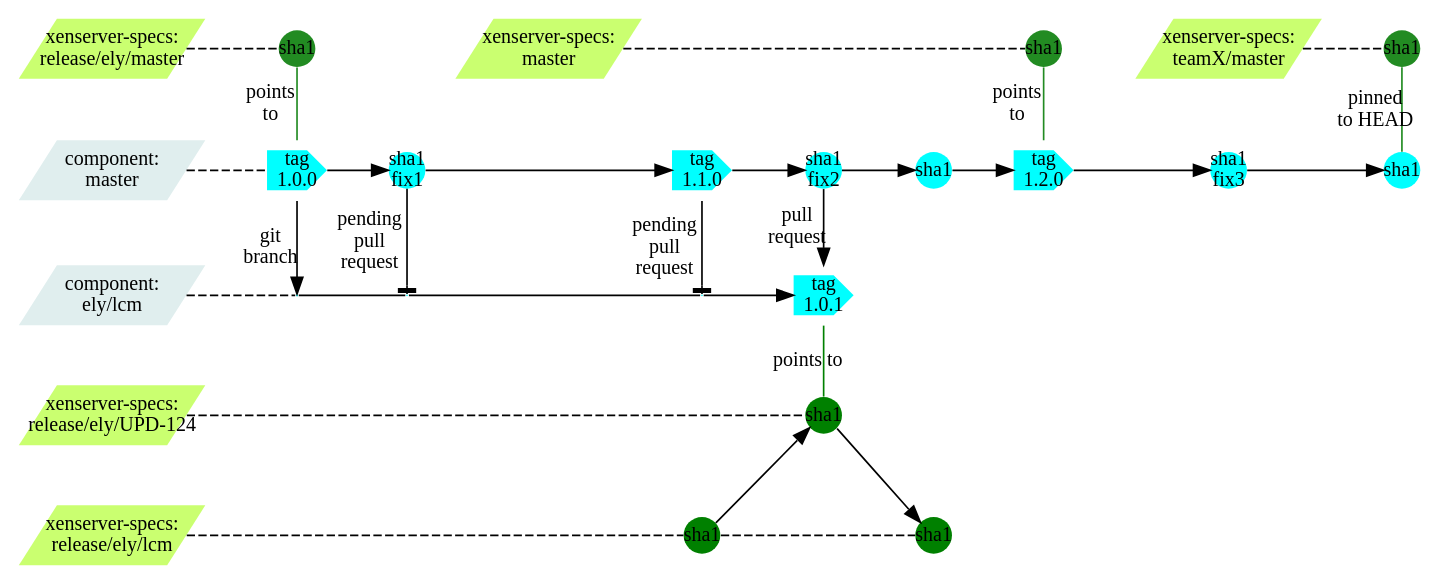
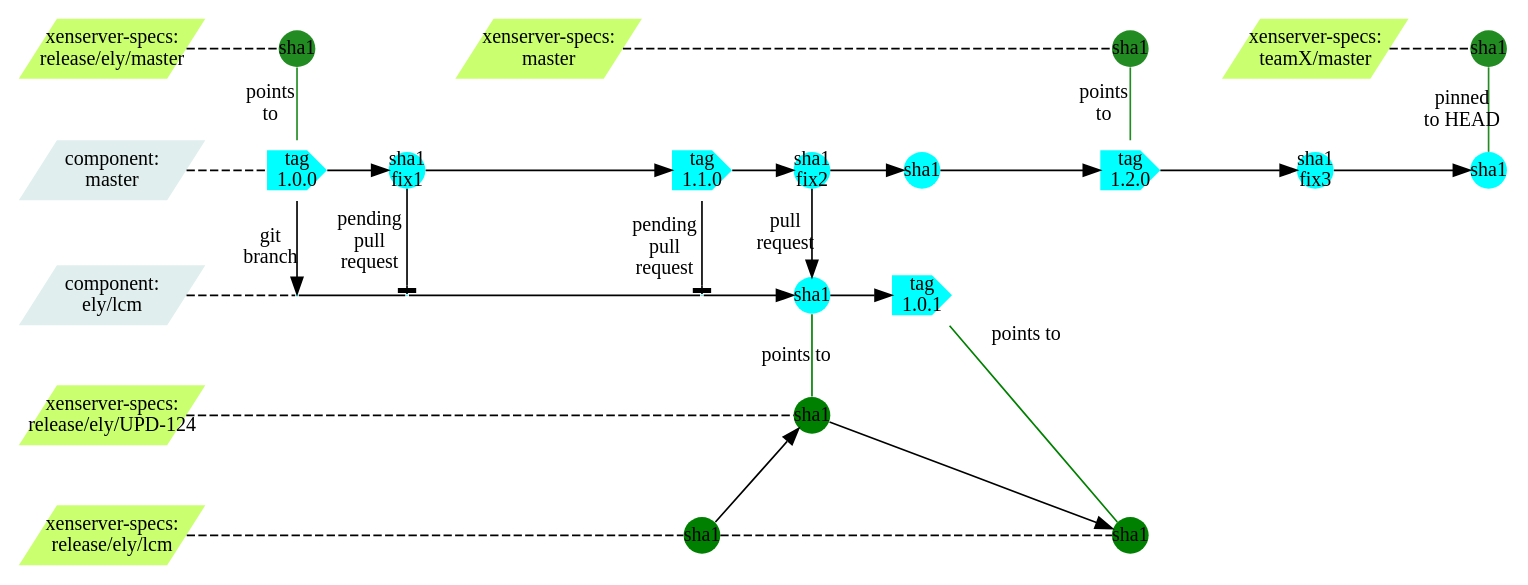
The diagram in XformerLCM2.dot (philippegabriel/XFormerBranchGraph), drawn with Graphviz before and after one commit.

Commit message:
tagging on lcm branch happens after shipping UPD

```diff
--- a/XformerLCM2.dot
+++ b/XformerLCM2.dot
@@ -1,92 +1,93 @@
 strict digraph g{
 rankdir="LR";
 //nodesep=0.5;
 //ranksep=0.25;
 splines=line;
 forcelabels=false;
 
 // general
 node [style=filled, color="black", fontcolor="black", font="Consolas", fontsize="12pt",fixedsize=false,penwidth=0];
 edge [style=filled, color="black", fontcolor="black", font="Consolas", fontsize="12pt"];
 
 // tags
 //node [shape=circle,width=0, height=0, margin="0.05"];
 node [width=0.3, height=0.3, fixedsize=true, shape=circle,penwidth=0]
 node [fillcolor=forestgreen];
 xsm1 [label="sha1"];
 xstx [label="sha1"];
 xsre [label="sha1"];
 node [fillcolor="cyan"];
 cma1 [shape=cds,width=0.5, height=0.5,label="tag\n1.0.0"];
 //node [width=0.3, height=0.3, fixedsize=true, shape=circle,penwidth=0]
 cma2 [label="sha1\nfix1"];
 cma3 [shape=cds,width=0.5, height=0.5,label="tag\n1.1.0"];
 cma4 [label="sha1\nfix2"];
 cma5 [label="sha1"];
 cma6 [shape=cds,width=0.5, height=0.5,label="tag\n1.2.0"];
 cma7 [label="sha1\nfix3"];
 cma8 [label="sha1"];
 clcm1 [width=0, height=0,shape=none,label=""];
 clcm2 [shape=circle,label="",width=0, height=0];
 clcm3 [shape=circle,label="",width=0, height=0];
-clcm4 [shape=cds,width=0.5, height=0.5,label="tag\n1.0.1"];
+clcm4 [label="sha1"];
+clcm5 [shape=cds,width=0.5, height=0.5,label="tag\n1.0.1"];
 node [fillcolor="green"];
 node [shape=circle];
 upd1 [label="sha1"];
 xlcm1 [label="sha1"];
 xlcm2 [label="sha1"];
 // branch names
 node [width=1.5, height=0.5,shape=parallelogram,penwidth=0]
 //node [color="#b0b0b0", style=dashed, arrowhead=none,fixedsize=false, penwidth=0, fillcolor=none, shape=none, width=0, height=0, margin="0.05"];
 XenserverSpecsTeamX[label="xenserver-specs:\nteamX/master",fillcolor="darkolivegreen1"];
 XenserverSpecsRelEly[label="xenserver-specs:\nrelease/ely/master",fillcolor="darkolivegreen1"];
 XenserverSpecsMaster[label="xenserver-specs:\nmaster",fillcolor="darkolivegreen1"];
 ComponentMaster[label="component:\nmaster",fillcolor="azure2"];
 ComponentLCM[label="component:\nely/lcm",fillcolor="azure2"];
 XSSpecsUPD2[label="xenserver-specs:\nrelease/ely/UPD-124",fillcolor="darkolivegreen1"];
 XSSpecsLCM[label="xenserver-specs:\nrelease/ely/lcm",fillcolor="darkolivegreen1"];
 
 //graph
 subgraph{
 node [color="#b0b0b0", style=dashed, arrowhead=none];
 edge [style="invis"];
 rank=same;
 XenserverSpecsRelEly -> ComponentMaster -> ComponentLCM -> XSSpecsUPD2 -> XSSpecsLCM;
 }
 //edge [color="#b0b0b0", style=dashed, arrowhead=none ];
 edge [style=dashed, arrowhead=none ,weight=100];
 XenserverSpecsRelEly -> xsre;
 xsre -> XenserverSpecsMaster [style="invis"];
 XenserverSpecsMaster -> xsm1;
 xsm1 -> XenserverSpecsTeamX [style="invis"];
 XenserverSpecsTeamX -> xstx;
 ComponentMaster -> cma1;
 ComponentLCM -> clcm1;
 XSSpecsUPD2 -> upd1;
 XSSpecsLCM -> xlcm1 -> xlcm2;
 edge [style=filled, arrowhead=normal];
 cma1 -> cma2 -> cma3 -> cma4 -> cma5 -> cma6 -> cma7 -> cma8;
 clcm1 -> clcm2 [arrowhead=none]; 
 clcm2 -> clcm3 [arrowhead=none]; 
-clcm3 -> clcm4;
+clcm3 -> clcm4 -> clcm5;
 //Xenserver specs - master, release pointers
 edge [style=filled, arrowhead=none , weight=1;label="points\nto",color=forestgreen];
 subgraph{rank=same;xsre -> cma1;}
 subgraph{rank=same;xsm1 -> cma6;}
 subgraph{rank=same;xstx -> cma8 [label="pinned\nto HEAD"];}
 
 //Pull requests
 edge [style=filled, arrowhead=normal,color=black];
 edge [label="git\nbranch"];
 subgraph{rank=same;cma1 -> clcm1;}
 edge [label="pending\npull\nrequest"];
 subgraph{rank=same;cma2 -> clcm2[arrowhead="tee"];}
 subgraph{rank=same;cma3 -> clcm3[arrowhead="tee"];}
 edge [label="pull\nrequest"];
 subgraph{rank=same;cma4 -> clcm4;
 clcm4 -> upd1 [arrowhead=none ,label="points to",color=green];}
 edge [label=""];
 xlcm1 -> upd1;
 upd1 -> xlcm2;
-//upd1 -> clcm4 [arrowhead=none ,label="points to",color=green];
+clcm5 -> xlcm2 [arrowhead=none ,label="points to",color=green];
 }
```
